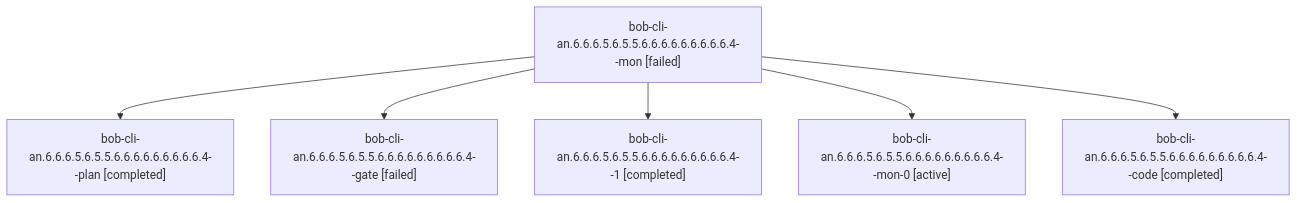
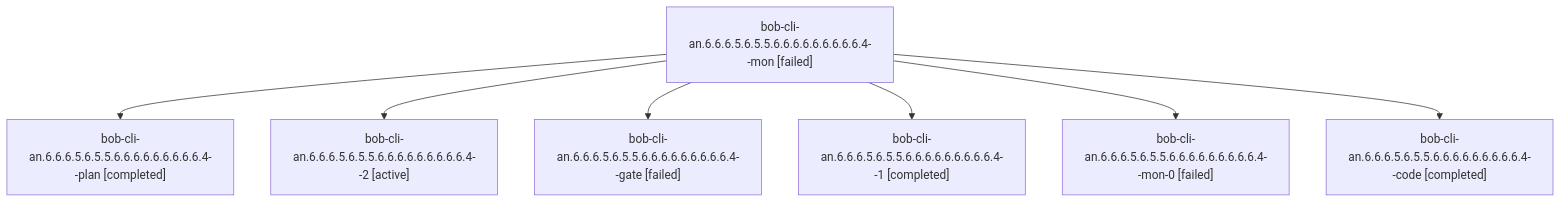
The diagram in sessions/bbugyi200.athena.bob-cli-an.6.6.6.5.6.5.5.6.6.6.6.6.6.6.6.6.4.md (bobs-org/bob-cli--agents), drawn with Mermaid before and after one commit. The commit also changed other lines of this file and 219 other files, not shown here.

````diff
--- a/sessions/bbugyi200.athena.bob-cli-an.6.6.6.5.6.5.5.6.6.6.6.6.6.6.6.6.4.md
+++ b/sessions/bbugyi200.athena.bob-cli-an.6.6.6.5.6.5.5.6.6.6.6.6.6.6.6.6.4.md
@@ -9,14 +9,16 @@
 ```mermaid
 flowchart TD
   n0["bob-cli-an.6.6.6.5.6.5.5.6.6.6.6.6.6.6.6.6.4--mon [failed]"]
   n1["bob-cli-an.6.6.6.5.6.5.5.6.6.6.6.6.6.6.6.6.4--plan [completed]"]
   n0 --> n1
-  n2["bob-cli-an.6.6.6.5.6.5.5.6.6.6.6.6.6.6.6.6.4--gate [failed]"]
+  n2["bob-cli-an.6.6.6.5.6.5.5.6.6.6.6.6.6.6.6.6.4--2 [active]"]
   n0 --> n2
-  n3["bob-cli-an.6.6.6.5.6.5.5.6.6.6.6.6.6.6.6.6.4--1 [completed]"]
+  n3["bob-cli-an.6.6.6.5.6.5.5.6.6.6.6.6.6.6.6.6.4--gate [failed]"]
   n0 --> n3
-  n4["bob-cli-an.6.6.6.5.6.5.5.6.6.6.6.6.6.6.6.6.4--mon-0 [active]"]
+  n4["bob-cli-an.6.6.6.5.6.5.5.6.6.6.6.6.6.6.6.6.4--1 [completed]"]
   n0 --> n4
-  n5["bob-cli-an.6.6.6.5.6.5.5.6.6.6.6.6.6.6.6.6.4--code [completed]"]
+  n5["bob-cli-an.6.6.6.5.6.5.5.6.6.6.6.6.6.6.6.6.4--mon-0 [failed]"]
   n0 --> n5
+  n6["bob-cli-an.6.6.6.5.6.5.5.6.6.6.6.6.6.6.6.6.4--code [completed]"]
+  n0 --> n6
 ```
````
